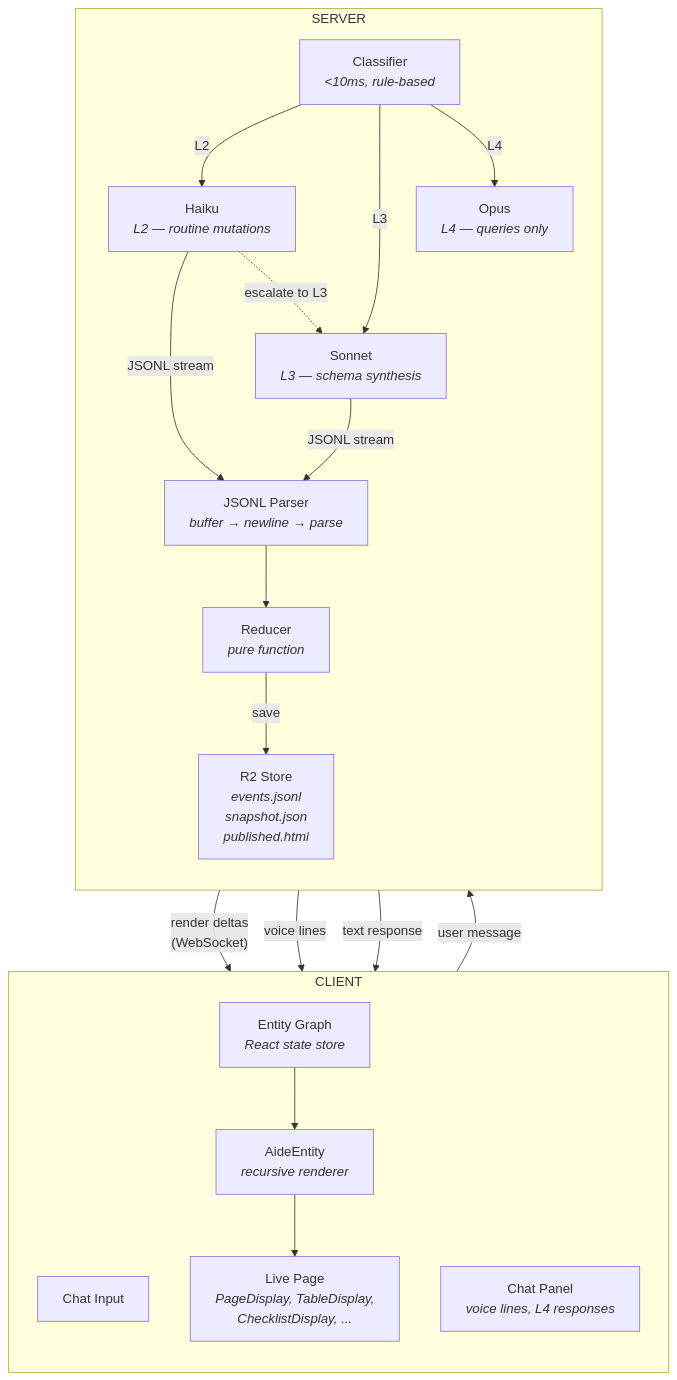
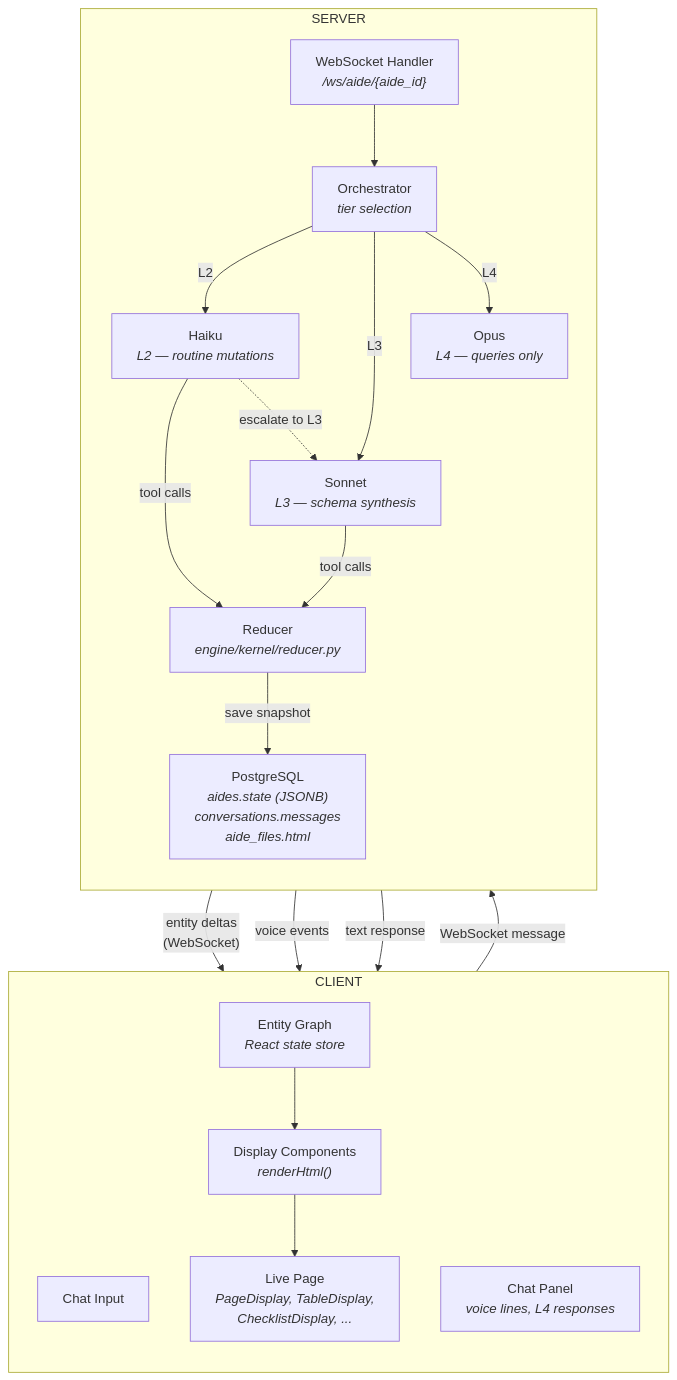
One commit to zcancio/aide changed the diagram in docs/eng_design/00_overview.md. Above: the diagram before and after it, drawn with Mermaid. The commit also changed other lines of this file, not shown here.

Commit message:
docs: update 00_overview.md to reflect current architecture
- Replace R2 storage with PostgreSQL (aides.state, conversations, aide_files)
- Update architecture diagram: WebSocket handler, orchestrator, tool calls
- Clarify reducer runs server-side, renderer runs client-side
- Update data flow to reflect WebSocket protocol
- Remove reference to nonexistent mermaid file

````diff
--- a/docs/eng_design/00_overview.md
+++ b/docs/eng_design/00_overview.md
@@ -127,43 +125,43 @@
 ```mermaid
 graph TD
     subgraph CLIENT["CLIENT"]
         direction TB
         INPUT["Chat Input"]
         CHAT["Chat Panel<br/><i>voice lines, L4 responses</i>"]
         GRAPH["Entity Graph<br/><i>React state store</i>"]
-        RENDERER["AideEntity<br/><i>recursive renderer</i>"]
+        RENDERER["Display Components<br/><i>renderHtml()</i>"]
         PAGE["Live Page<br/><i>PageDisplay, TableDisplay,<br/>ChecklistDisplay, ...</i>"]
-        
+
         GRAPH --> RENDERER
         RENDERER --> PAGE
     end
 
     subgraph SERVER["SERVER"]
         direction TB
-        CLASSIFIER["Classifier<br/><i>&lt;10ms, rule-based</i>"]
-        
+        WS["WebSocket Handler<br/><i>/ws/aide/{aide_id}</i>"]
+        ORCH["Orchestrator<br/><i>tier selection</i>"]
+
         HAIKU["Haiku<br/><i>L2 — routine mutations</i>"]
         SONNET["Sonnet<br/><i>L3 — schema synthesis</i>"]
         OPUS["Opus<br/><i>L4 — queries only</i>"]
-        
-        PARSER["JSONL Parser<br/><i>buffer → newline → parse</i>"]
-        REDUCER["Reducer<br/><i>pure function</i>"]
-        R2["R2 Store<br/><i>events.jsonl<br/>snapshot.json<br/>published.html</i>"]
-        
-        CLASSIFIER -->|"L2"| HAIKU
-        CLASSIFIER -->|"L3"| SONNET
-        CLASSIFIER -->|"L4"| OPUS
-        
-        HAIKU -->|"JSONL stream"| PARSER
-        SONNET -->|"JSONL stream"| PARSER
+
+        REDUCER["Reducer<br/><i>engine/kernel/reducer.py</i>"]
+        DB["PostgreSQL<br/><i>aides.state (JSONB)<br/>conversations.messages<br/>aide_files.html</i>"]
+
+        WS --> ORCH
+        ORCH -->|"L2"| HAIKU
+        ORCH -->|"L3"| SONNET
+        ORCH -->|"L4"| OPUS
+
+        HAIKU -->|"tool calls"| REDUCER
+        SONNET -->|"tool calls"| REDUCER
         HAIKU -.->|"escalate to L3"| SONNET
-        
-        PARSER --> REDUCER
-        REDUCER -->|"save"| R2
+
+        REDUCER -->|"save snapshot"| DB
     end
 
-    INPUT -->|"user message"| CLASSIFIER
-    REDUCER -->|"render deltas<br/>(WebSocket)"| GRAPH
-    PARSER -->|"voice lines"| CHAT
+    INPUT -->|"WebSocket message"| WS
+    REDUCER -->|"entity deltas<br/>(WebSocket)"| GRAPH
+    REDUCER -->|"voice events"| CHAT
     OPUS -->|"text response"| CHAT
 ```
````
